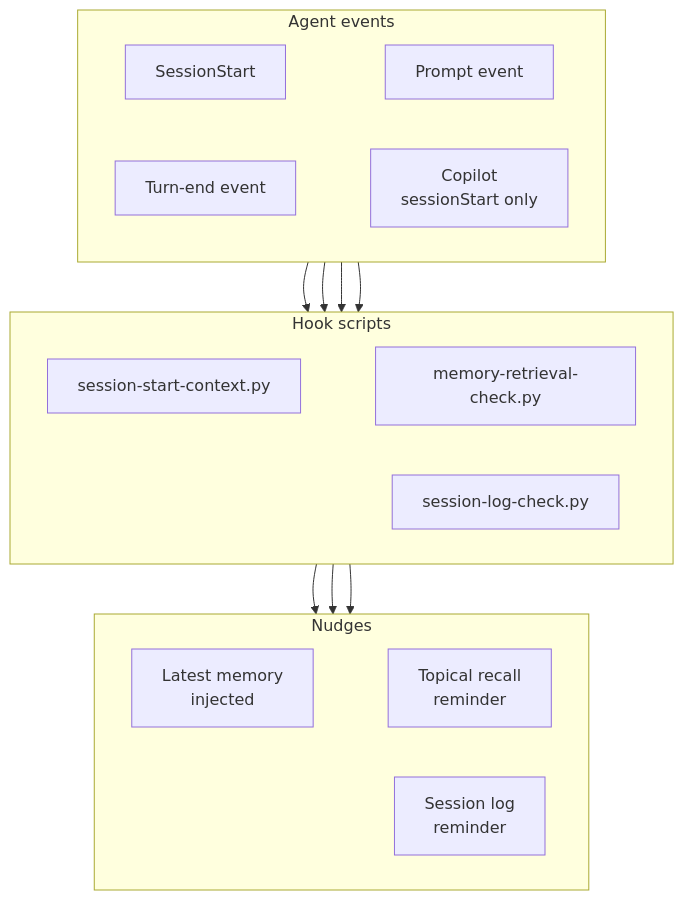
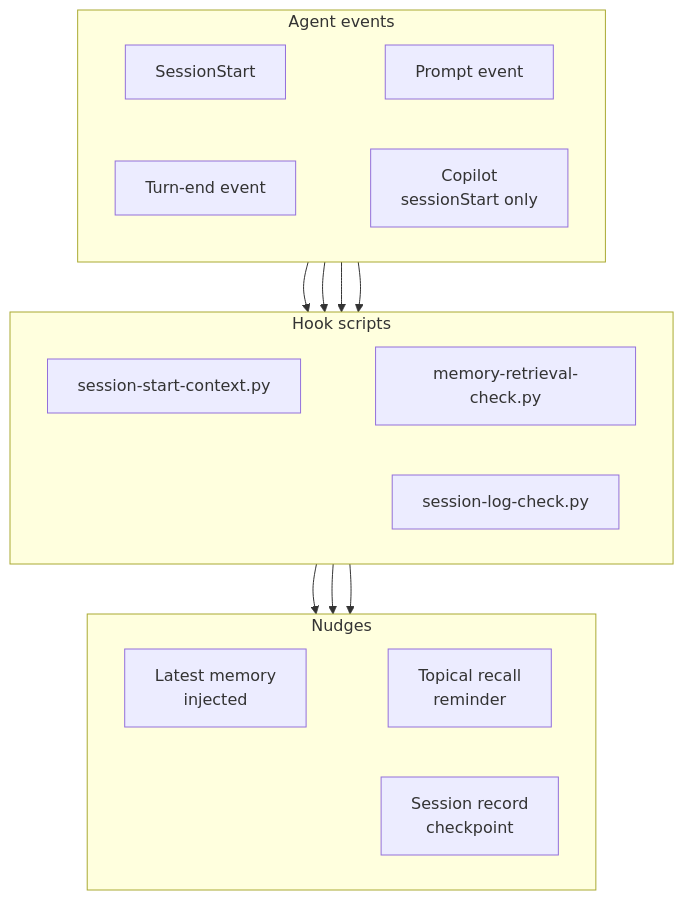
Before and after one commit to jnl-tshi/memory-seed: the tenth of 25 diagrams in docs/3_Spec/functionality-audit.md, drawn with Mermaid. The commit also changed other lines of this file and 21 other files, not shown here.

````diff
--- a/docs/3_Spec/functionality-audit.md
+++ b/docs/3_Spec/functionality-audit.md
@@ -537,31 +537,31 @@
 ```mermaid
 graph TD
   subgraph EventTier["Agent events"]
     direction LR
     START["SessionStart"] ~~~ PROMPT["Prompt event"]
     END["Turn-end event"] ~~~ COPILOT["Copilot<br>sessionStart only"]
   end
 
   subgraph HookTier["Hook scripts"]
     direction LR
     CONTEXT["session-start-context.py"] ~~~ RETRIEVAL["memory-retrieval-check.py"]
     LOGCHECK["session-log-check.py"]
   end
 
   subgraph OutputTier["Nudges"]
     direction LR
     LATEST["Latest memory<br>injected"] ~~~ TOPICAL["Topical recall<br>reminder"]
-    LOGNUDGE["Session log<br>reminder"]
+    LOGNUDGE["Session record<br>checkpoint"]
   end
 
   EventTier ~~~ HookTier
   HookTier ~~~ OutputTier
 
   START --> CONTEXT
   PROMPT --> RETRIEVAL
   END --> LOGCHECK
   COPILOT --> CONTEXT
   CONTEXT --> LATEST
   RETRIEVAL --> TOPICAL
   LOGCHECK --> LOGNUDGE
 ```
````
